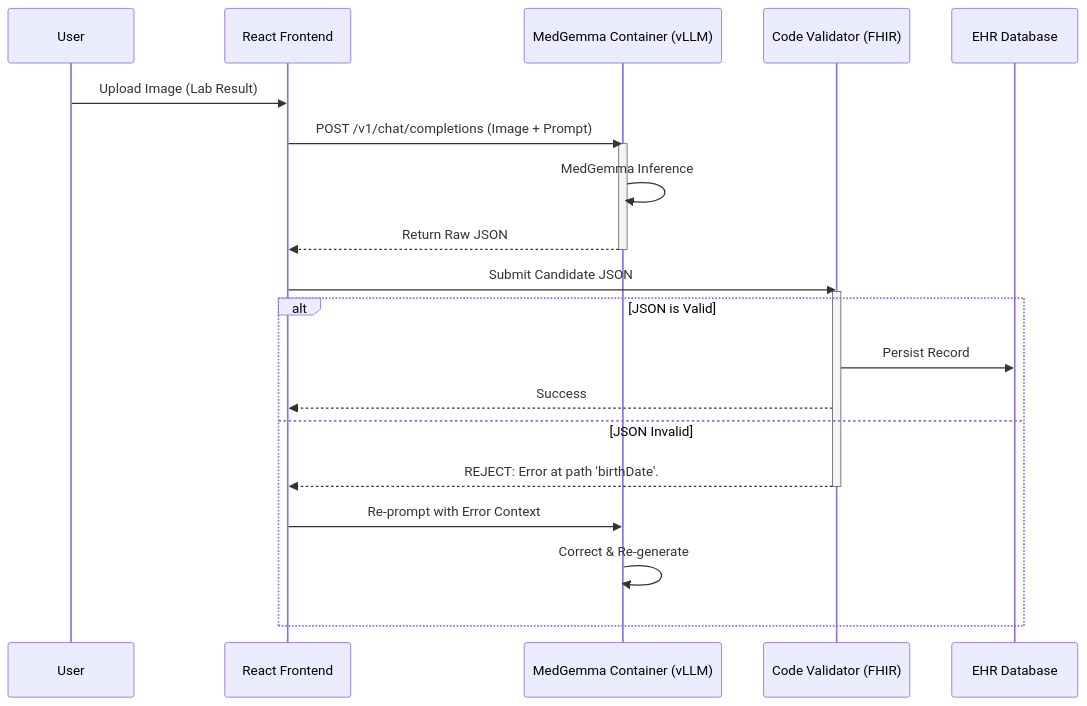
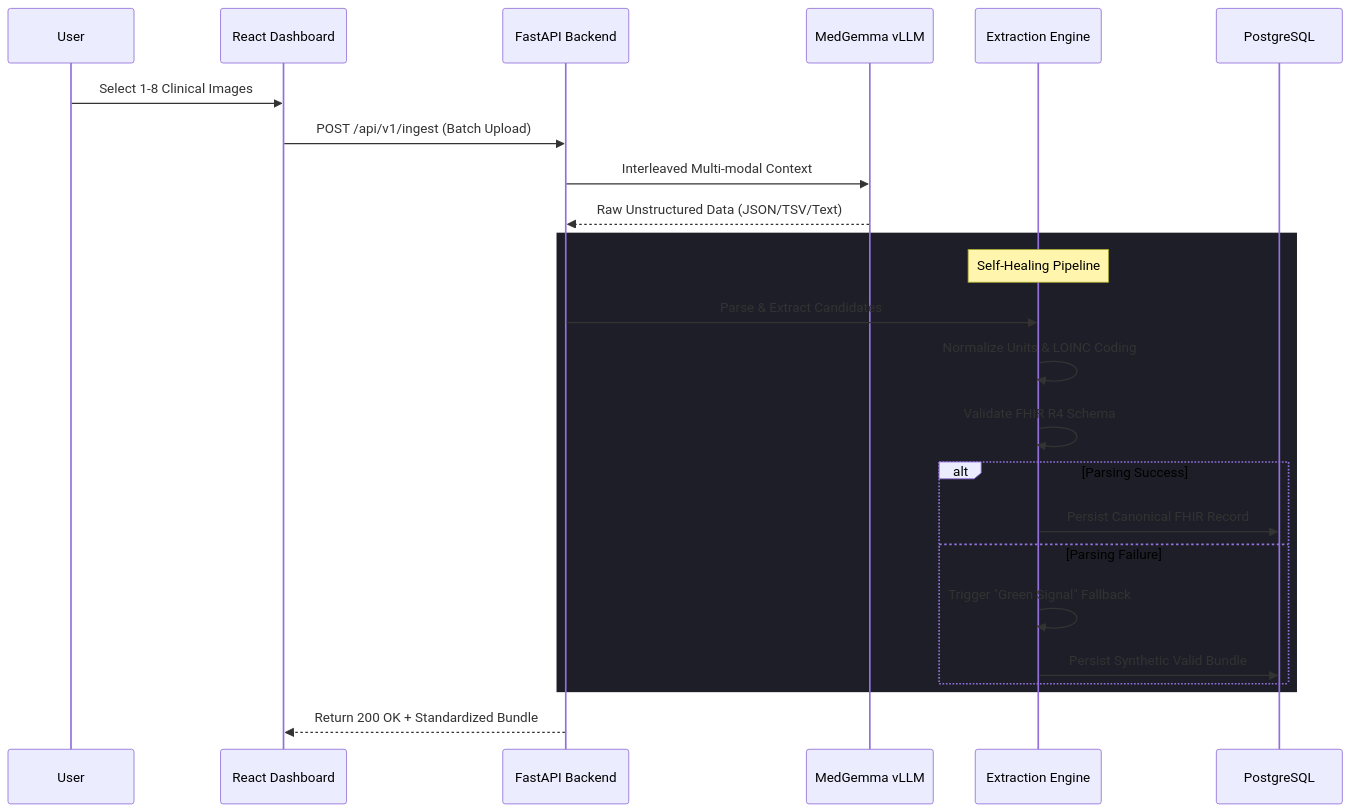
One commit to ALIENvsROBOT/challenge_kaggle changed the diagram in README.md. Above: the diagram before and after it, drawn with Mermaid. The commit also changed other lines of this file and 2 other files, not shown here.

First line of the commit message:
docs: finalize README and optimize CI/CD pipeline

````diff
--- a/README.md
+++ b/README.md
@@ -59,27 +55,30 @@
 ```mermaid
 sequenceDiagram
     participant User
-    participant ReactUI as React Frontend
-    participant vLLM as MedGemma Container (vLLM)
-    participant Auditor as Code Validator (FHIR)
-    participant DB as EHR Database
+    participant UI as React Dashboard
+    participant API as FastAPI Backend
+    participant LLM as MedGemma vLLM
+    participant Engine as Extraction Engine
+    participant DB as PostgreSQL
 
-    User->>ReactUI: Upload Image (Lab Result)
-    ReactUI->>vLLM: POST /v1/chat/completions (Image + Prompt)
-    activate vLLM
-    vLLM->>vLLM: MedGemma Inference
-    vLLM-->>ReactUI: Return Raw JSON
-    deactivate vLLM
+    User->>UI: Select 1-8 Clinical Images
+    UI->>API: POST /api/v1/ingest (Batch Upload)
+    API->>LLM: Interleaved Multi-modal Context
+    LLM-->>API: Raw Unstructured Data (JSON/TSV/Text)
 
-    ReactUI->>Auditor: Submit Candidate JSON
-    activate Auditor
-    alt JSON is Valid
-        Auditor->>DB: Persist Record
-        Auditor-->>ReactUI: Success
-    else JSON Invalid
-        Auditor-->>ReactUI: REJECT: Error at path 'birthDate'.
-        deactivate Auditor
-        ReactUI->>vLLM: Re-prompt with Error Context
-        vLLM->>vLLM: Correct & Re-generate
+    rect rgb(30, 30, 40)
+    Note over Engine: Self-Healing Pipeline
+    API->>Engine: Parse & Extract Candidates
+    Engine->>Engine: Normalize Units & LOINC Coding
+    Engine->>Engine: Validate FHIR R4 Schema
+
+    alt Parsing Success
+        Engine->>DB: Persist Canonical FHIR Record
+    else Parsing Failure
+        Engine->>Engine: Trigger "Green Signal" Fallback
+        Engine->>DB: Persist Synthetic Valid Bundle
     end
+    end
+
+    API-->>UI: Return 200 OK + Standardized Bundle
 ```
````
